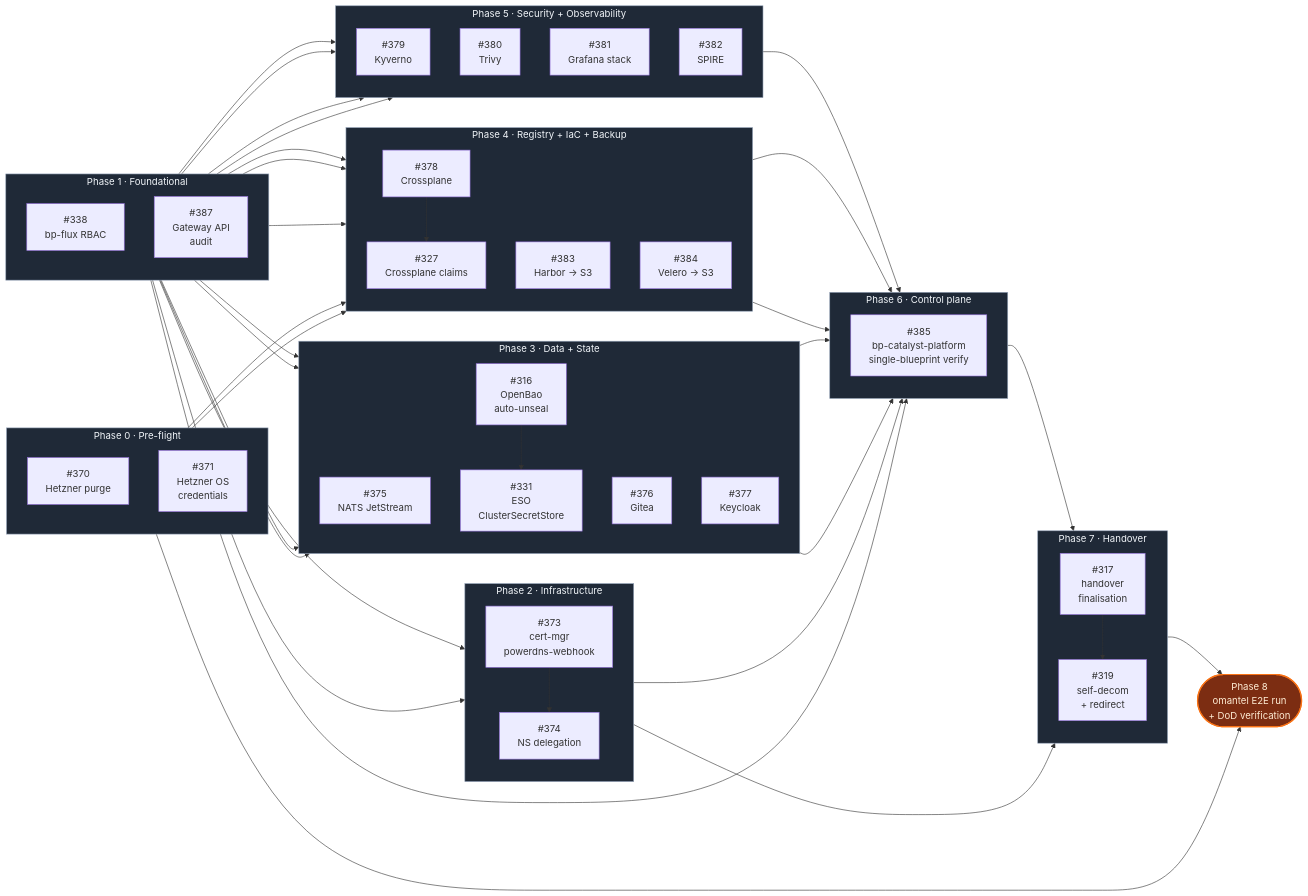
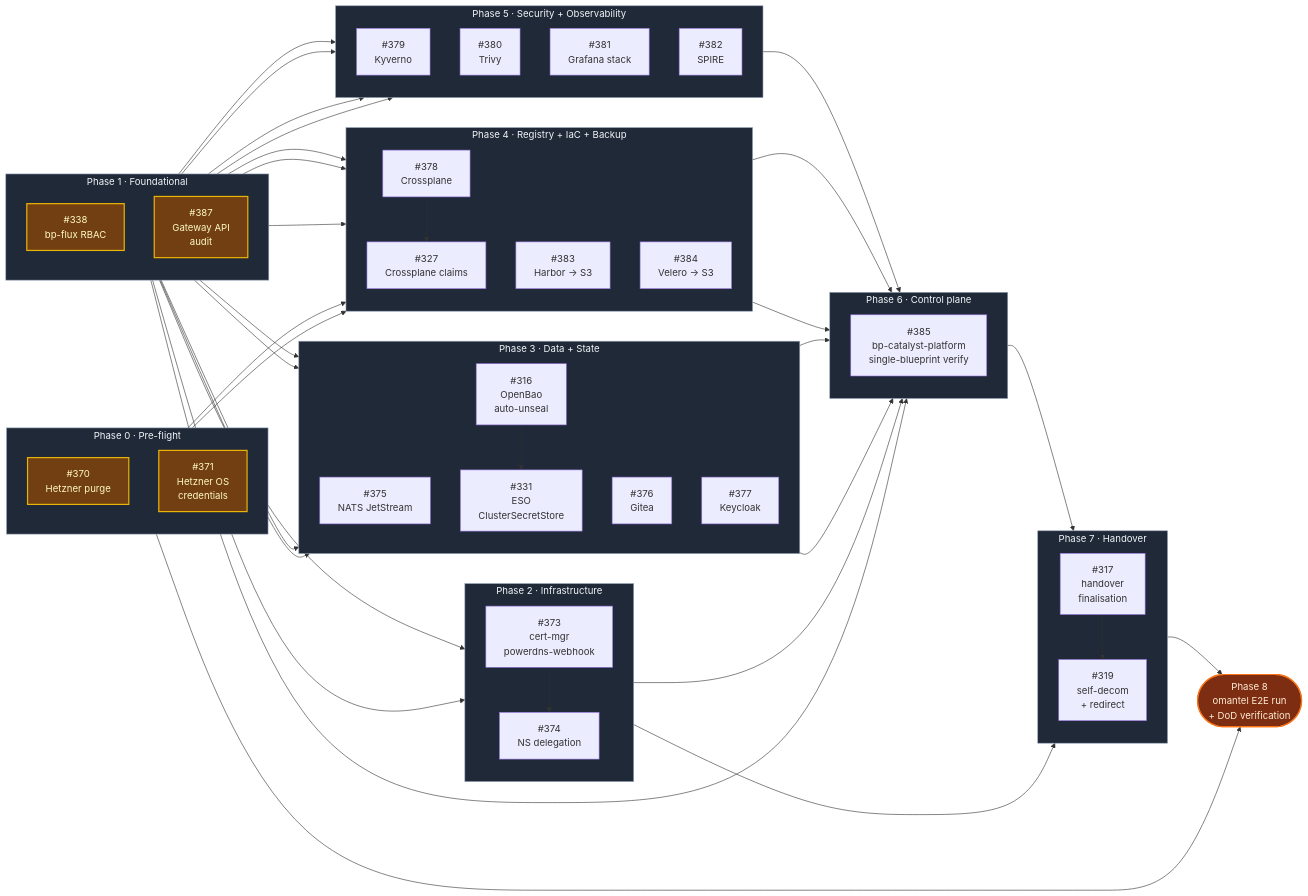
The diagram in docs/omantel-handover-wbs.md (openova-io/openova), drawn with Mermaid before and after one commit. The commit also changed other lines of this file, not shown here.

````diff
--- a/docs/omantel-handover-wbs.md
+++ b/docs/omantel-handover-wbs.md
@@ -70,6 +70,8 @@
 flowchart LR
     classDef phase fill:#1f2937,stroke:#94a3b8,color:#f1f5f9,stroke-width:1px
     classDef done fill:#064e3b,stroke:#10b981,color:#d1fae5
+    classDef wip fill:#713f12,stroke:#eab308,color:#fef9c3,stroke-width:2px
+    classDef blocked fill:#7f1d1d,stroke:#ef4444,color:#fee2e2,stroke-width:2px
     classDef gate fill:#7c2d12,stroke:#f97316,color:#ffedd5,stroke-width:2px
 
     subgraph PH0[Phase 0 · Pre-flight]
@@ -165,4 +167,5 @@
     T370 --> P8
 
     class PH0,PH1,PH2,PH3,PH4,PH5,PH6,PH7 phase
+    class T338,T370,T371,T387 wip
 ```
````
